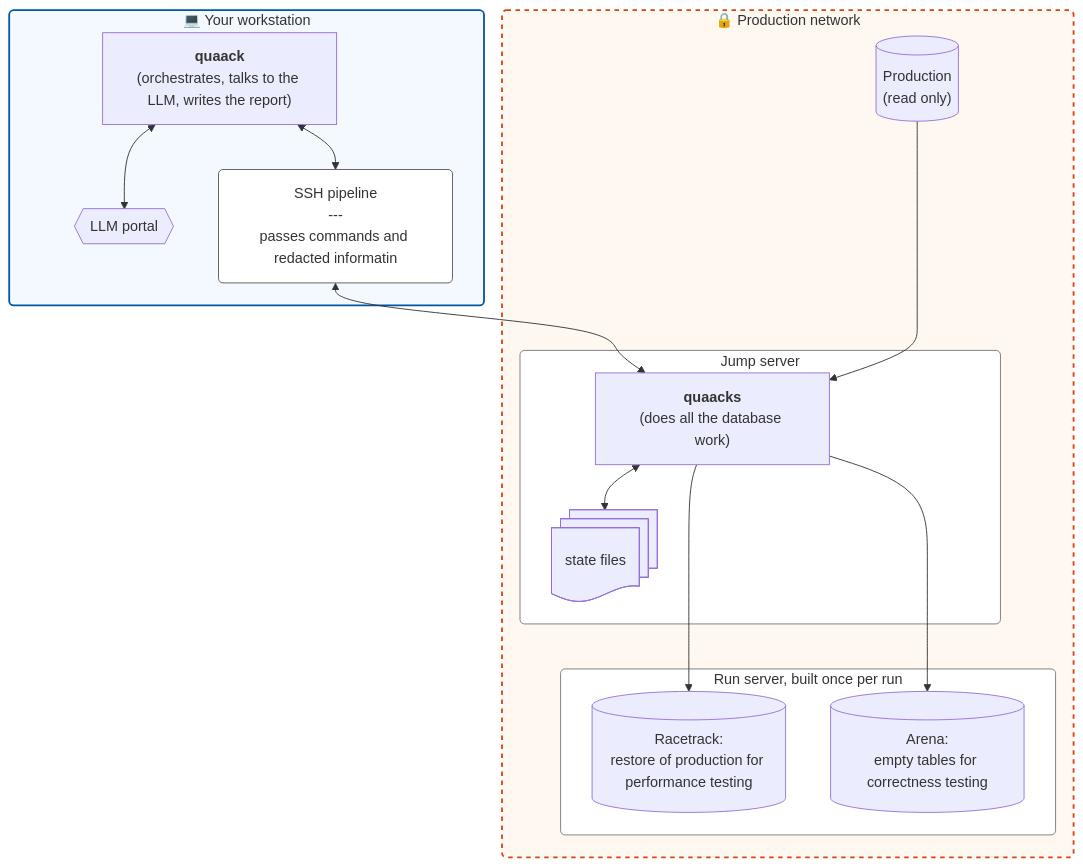
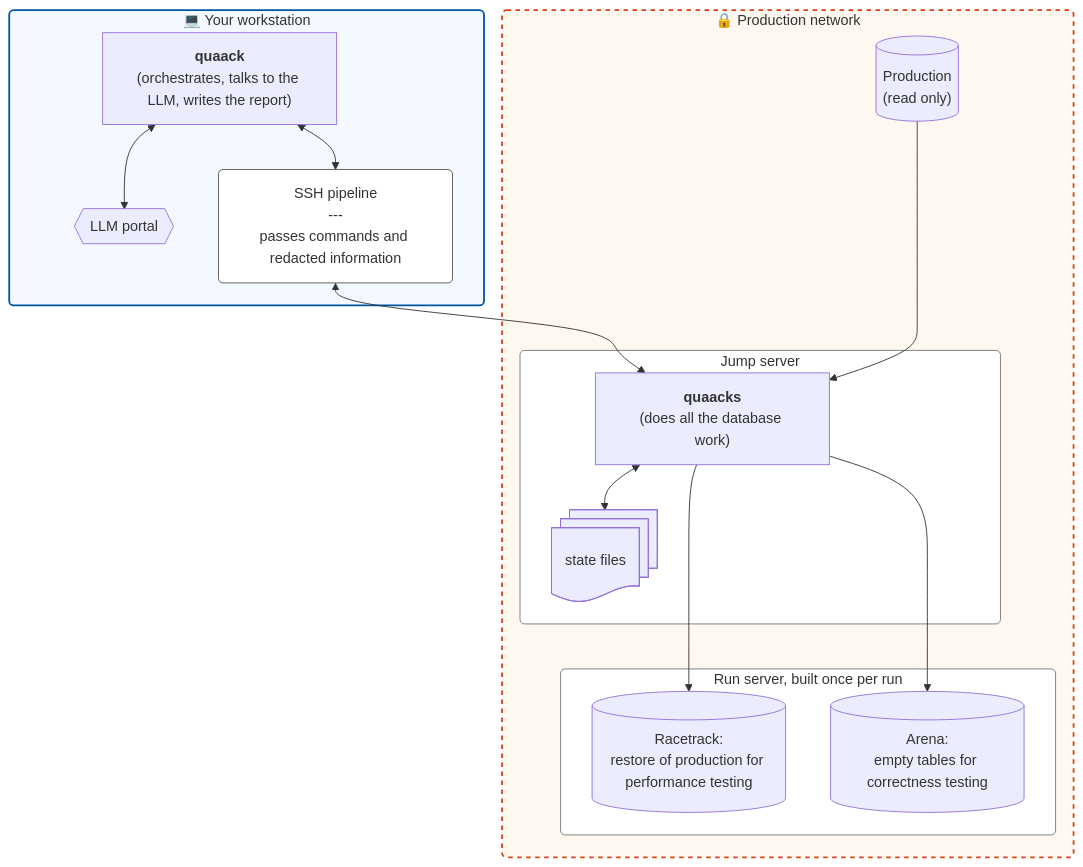
The first of 2 diagrams in DESIGN.md (benchub/quaack), drawn with Mermaid before and after one commit. The commit also changed other lines of this file and 1 other file, not shown here.

````diff
--- a/DESIGN.md
+++ b/DESIGN.md
@@ -9,50 +9,50 @@
 ```mermaid
 flowchart TB
     %% Define custom styles
     classDef workstation fill:#f4f9ff,stroke:#0055a4,stroke-width:2px,rx:5,ry:5
     classDef network fill:#fff8f0,stroke:#d84315,stroke-width:2px,rx:5,ry:5,stroke-dasharray: 5 5
     classDef server fill:#ffffff,stroke:#757575,stroke-width:1px,rx:5,ry:5
     
     %% Updated label style: added a stroke (border) and a white background
     classDef labelNode fill:#ffffff,stroke:#555,stroke-width:1px,rx:5,ry:5,color:#333
 
     subgraph laptop["💻 Your workstation"]
         quaack["<b>quaack</b><br/>(orchestrates, talks to the LLM, writes the report)"]
         llm{{"LLM portal"}}
         
         %% The label node will now render with a visible border inside the workstation
-        edge_lbl["SSH pipeline<br/>---<br/>passes commands and redacted informatin"]:::labelNode
+        edge_lbl["SSH pipeline<br/>---<br/>passes commands and redacted information"]:::labelNode
         
         quaack <--> llm
         
         %% Lengthened bidirectional arrow to push the label to the right
         quaack <--> edge_lbl
     end
     class laptop workstation
 
     subgraph enclave["🔒 Production network"]
         subgraph jump["Jump server"]
             quaacks["<b>quaacks</b><br/>(does all the database work)"]
             store@{ shape: docs, label: "state files" }
 
             quaacks <--> store
         end
         class jump server
         
         prod[("Production<br/>(read only)")]
         
         subgraph runsrv["Run server, built once per run"]
             racetrack[("Racetrack:<br/>restore of production for performance testing")]
             arena[("Arena:<br/>empty tables for correctness testing")]
         end
         class runsrv server
     end
     class enclave network
 
     %% Connect the label node outward to the jump server
     edge_lbl <--> quaacks
     
     prod ---> quaacks
     quaacks ---> racetrack
     quaacks ---> arena
 ```
````
